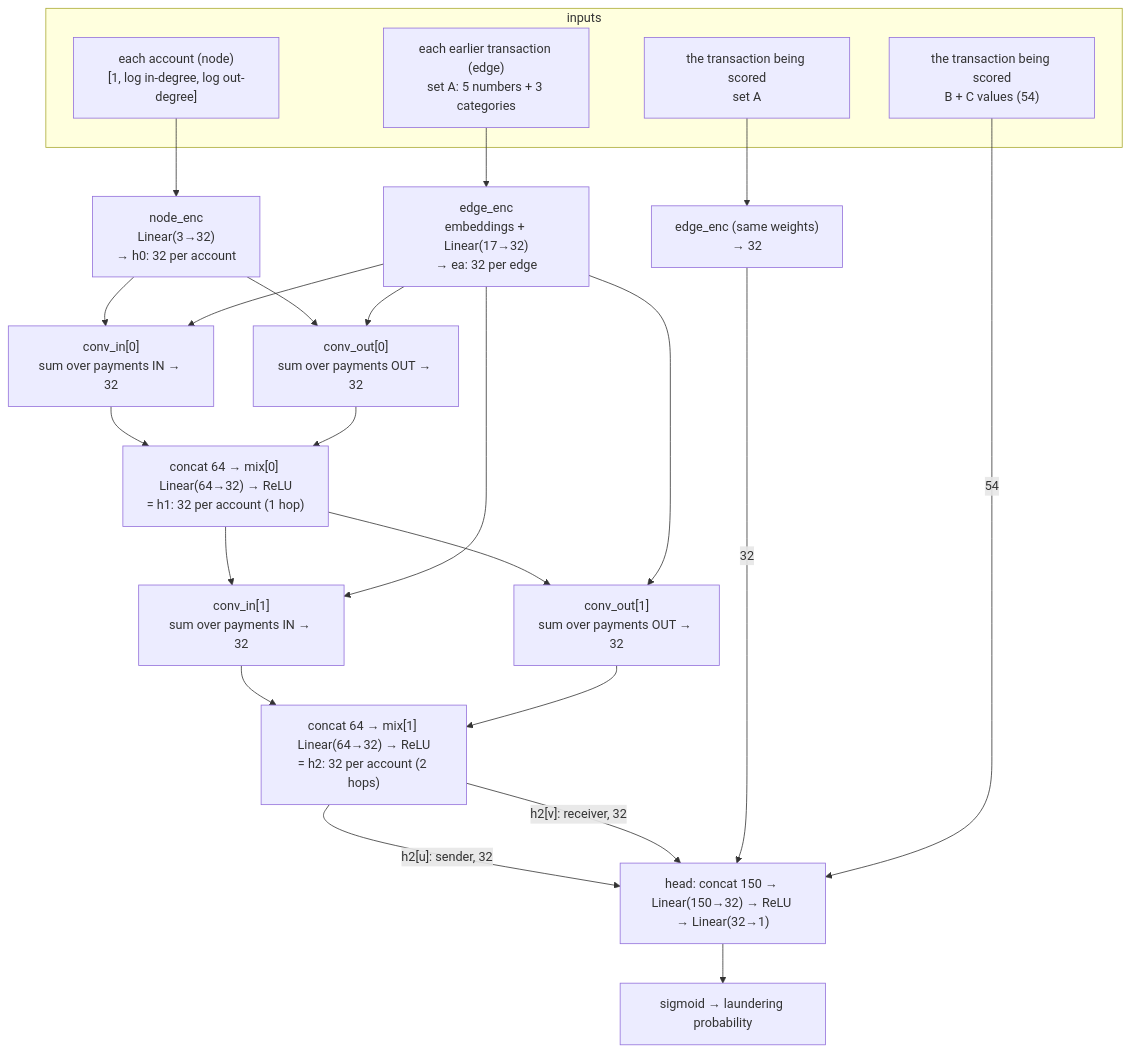
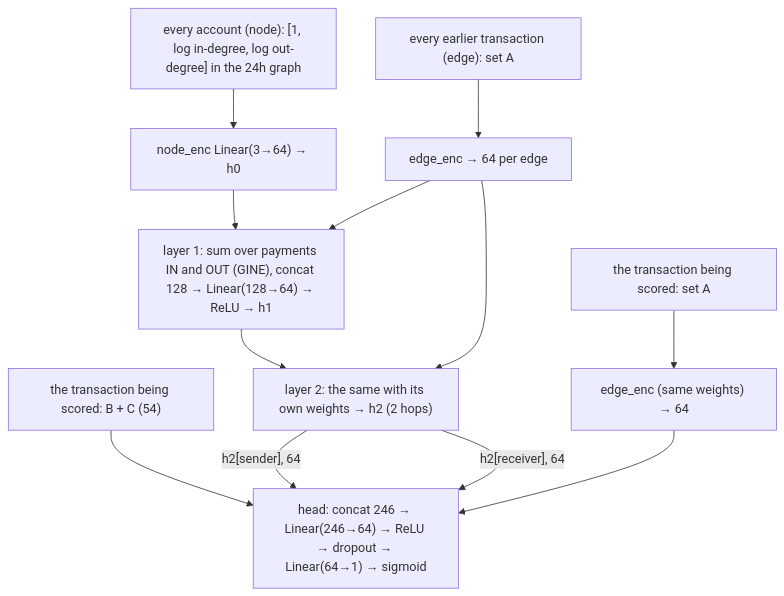
The diagram in docs/model.md (trietle145/AML), drawn with Mermaid before and after one commit. The commit also changed other lines of this file and 10 other files, not shown here.

Commit message:
final readme with the published-results comparison, docs for every model and feature, working plans kept out of the repo

````diff
--- a/docs/model.md
+++ b/docs/model.md
@@ -15,34 +57,14 @@
 ```mermaid
 graph TD
-    subgraph IN["inputs"]
-        EA["each earlier transaction (edge)<br/>set A: 5 numbers + 3 categories"]
-        NS["each account (node)<br/>[1, log in-degree, log out-degree]"]
-        TA["the transaction being scored<br/>set A"]
-        TBC["the transaction being scored<br/>B + C values (54)"]
-    end
-
-    EA --> EE["edge_enc<br/>embeddings + Linear(17→32)<br/>→ ea: 32 per edge"]
-    NS --> NE["node_enc<br/>Linear(3→32)<br/>→ h0: 32 per account"]
-
-    NE --> C1I["conv_in[0]<br/>sum over payments IN → 32"]
-    NE --> C1O["conv_out[0]<br/>sum over payments OUT → 32"]
-    EE --> C1I
-    EE --> C1O
-    C1I --> M1["concat 64 → mix[0] Linear(64→32) → ReLU<br/>= h1: 32 per account (1 hop)"]
-    C1O --> M1
-
-    M1 --> C2I["conv_in[1]<br/>sum over payments IN → 32"]
-    M1 --> C2O["conv_out[1]<br/>sum over payments OUT → 32"]
-    EE --> C2I
-    EE --> C2O
-    C2I --> M2["concat 64 → mix[1] Linear(64→32) → ReLU<br/>= h2: 32 per account (2 hops)"]
-    C2O --> M2
-
-    TA --> EE2["edge_enc (same weights)<br/>→ 32"]
-
-    M2 -->|"h2[u]: sender, 32"| HEAD
-    M2 -->|"h2[v]: receiver, 32"| HEAD
-    EE2 -->|"32"| HEAD
-    TBC -->|"54"| HEAD
-    HEAD["head: concat 150 → Linear(150→32) → ReLU → Linear(32→1)"] --> OUT["sigmoid → laundering probability"]
+    EA["every earlier transaction (edge): set A"] --> EE["edge_enc → 64 per edge"]
+    NS["every account (node): [1, log in-degree, log out-degree] in the 24h graph"] --> NE["node_enc Linear(3→64) → h0"]
+    NE --> L1["layer 1: sum over payments IN and OUT (GINE), concat 128 → Linear(128→64) → ReLU → h1"]
+    EE --> L1
+    L1 --> L2["layer 2: the same with its own weights → h2 (2 hops)"]
+    EE --> L2
+    TA["the transaction being scored: set A"] --> EE2["edge_enc (same weights) → 64"]
+    TBC["the transaction being scored: B + C (54)"] --> HEAD
+    L2 -->|"h2[sender], 64"| HEAD
+    L2 -->|"h2[receiver], 64"| HEAD
+    EE2 --> HEAD["head: concat 246 → Linear(246→64) → ReLU → dropout → Linear(64→1) → sigmoid"]
 ```
````
